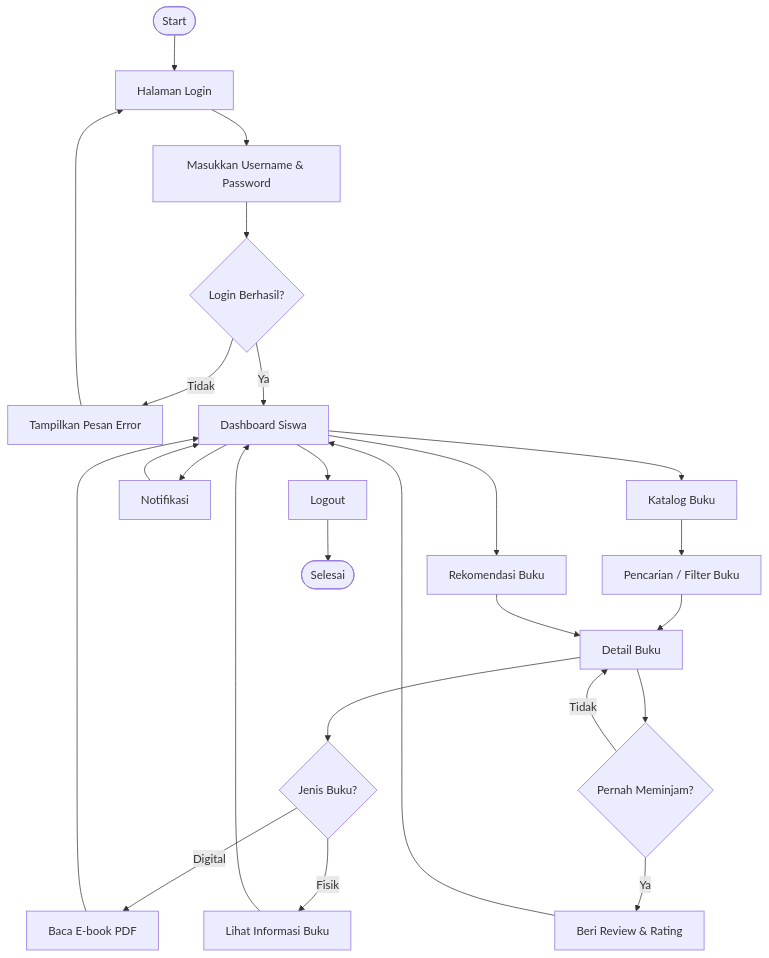
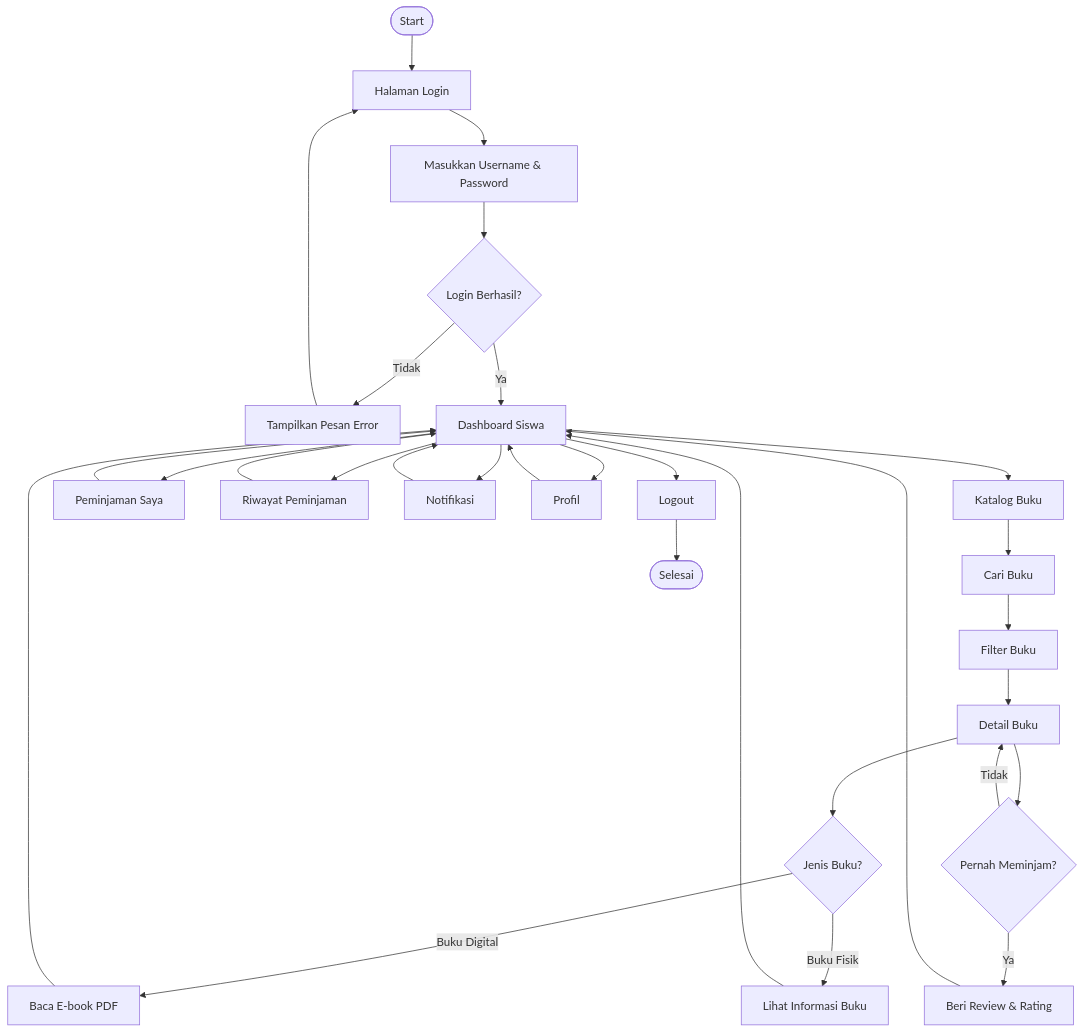
Before and after one commit to yoletaaissha/PERPUSTAKAAN-DIGITAL-PERINTIS: the second of 5 diagrams in user_flows/user_flow_diagram.md, drawn with Mermaid. The commit also changed other lines of this file and 22 other files, not shown here.

Commit message:
Update dokumentasi dan user flow perpustakaan

````diff
--- a/user_flows/user_flow_diagram.md
+++ b/user_flows/user_flow_diagram.md
@@ -9,37 +29,50 @@
 ```mermaid
 flowchart TD
 
-A([Start]) --> B[Halaman Login]
+A([Start])
+--> B[Halaman Login]
+
 B --> C[Masukkan Username & Password]
+
 C --> D{Login Berhasil?}
 
 D -- Tidak --> E[Tampilkan Pesan Error]
 E --> B
 
 D -- Ya --> F[Dashboard Siswa]
 
 F --> G[Katalog Buku]
-F --> H[Notifikasi]
-F --> I[Rekomendasi Buku]
-F --> O[Logout]
+F --> H[Peminjaman Saya]
+F --> I[Riwayat Peminjaman]
+F --> J[Notifikasi]
+F --> K[Profil]
+F --> L[Logout]
 
-G --> J[Pencarian / Filter Buku]
-J --> K[Detail Buku]
+%% Katalog
+G --> G1[Cari Buku]
+G1 --> G2[Filter Buku]
+G2 --> G3[Detail Buku]
 
-K --> L{Jenis Buku?}
+G3 --> G4{Jenis Buku?}
 
-L -- Digital --> M[Baca E-book PDF]
-L -- Fisik --> N[Lihat Informasi Buku]
+G4 -- Buku Digital --> G5[Baca E-book PDF]
 
-K --> P{Pernah Meminjam?}
+G4 -- Buku Fisik --> G6[Lihat Informasi Buku]
 
-P -- Ya --> Q[Beri Review & Rating]
-P -- Tidak --> K
+G3 --> G7{Pernah Meminjam?}
 
-M --> F
-N --> F
+G7 -- Ya --> G8[Beri Review & Rating]
+G7 -- Tidak --> G3
+
+G5 --> F
+G6 --> F
+G8 --> F
+
+%% Halaman lainnya
 H --> F
-I --> K
-Q --> F
-O --> R([Selesai])
+I --> F
+J --> F
+K --> F
+
+L --> M([Selesai])
 ```
````
